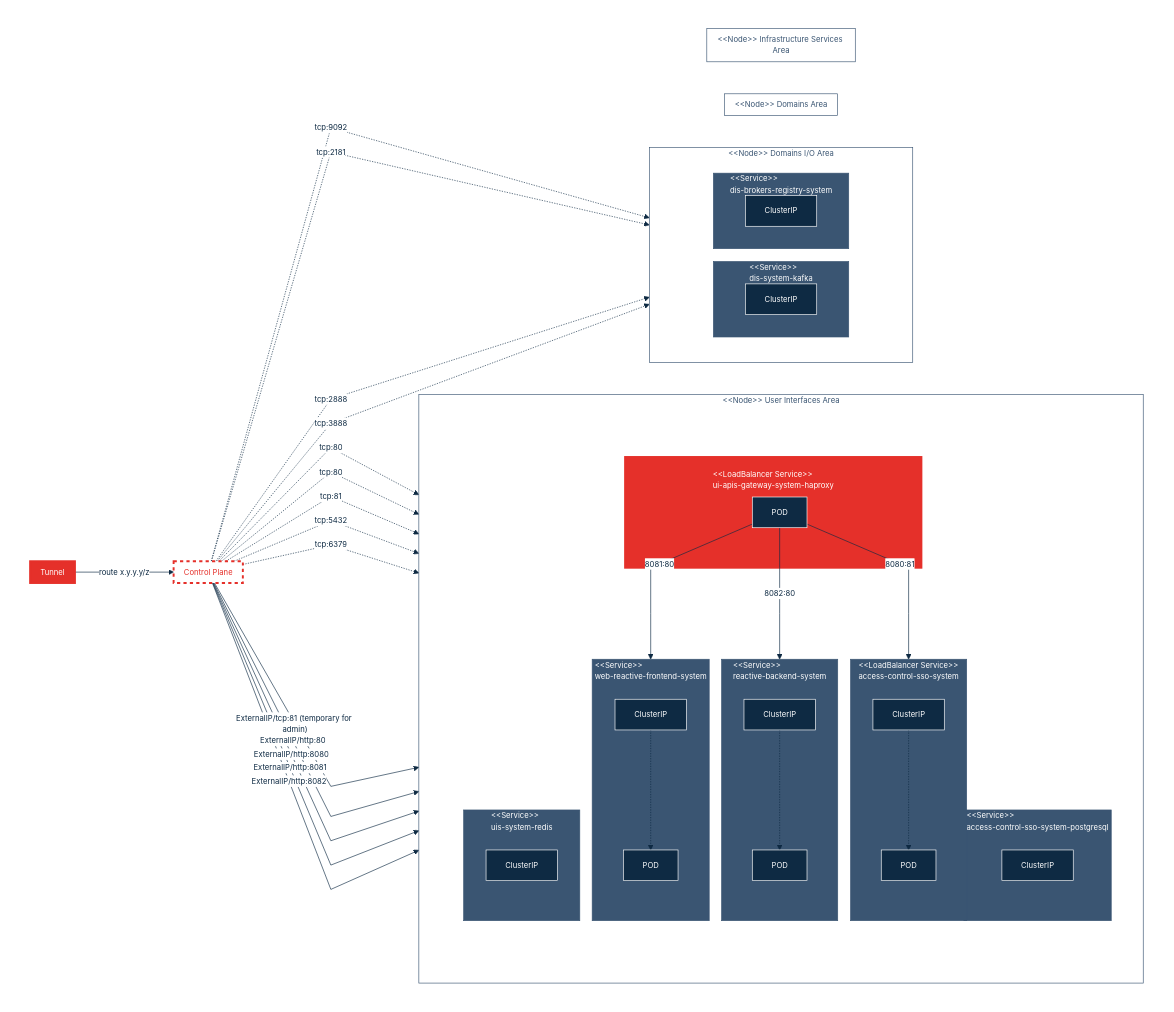
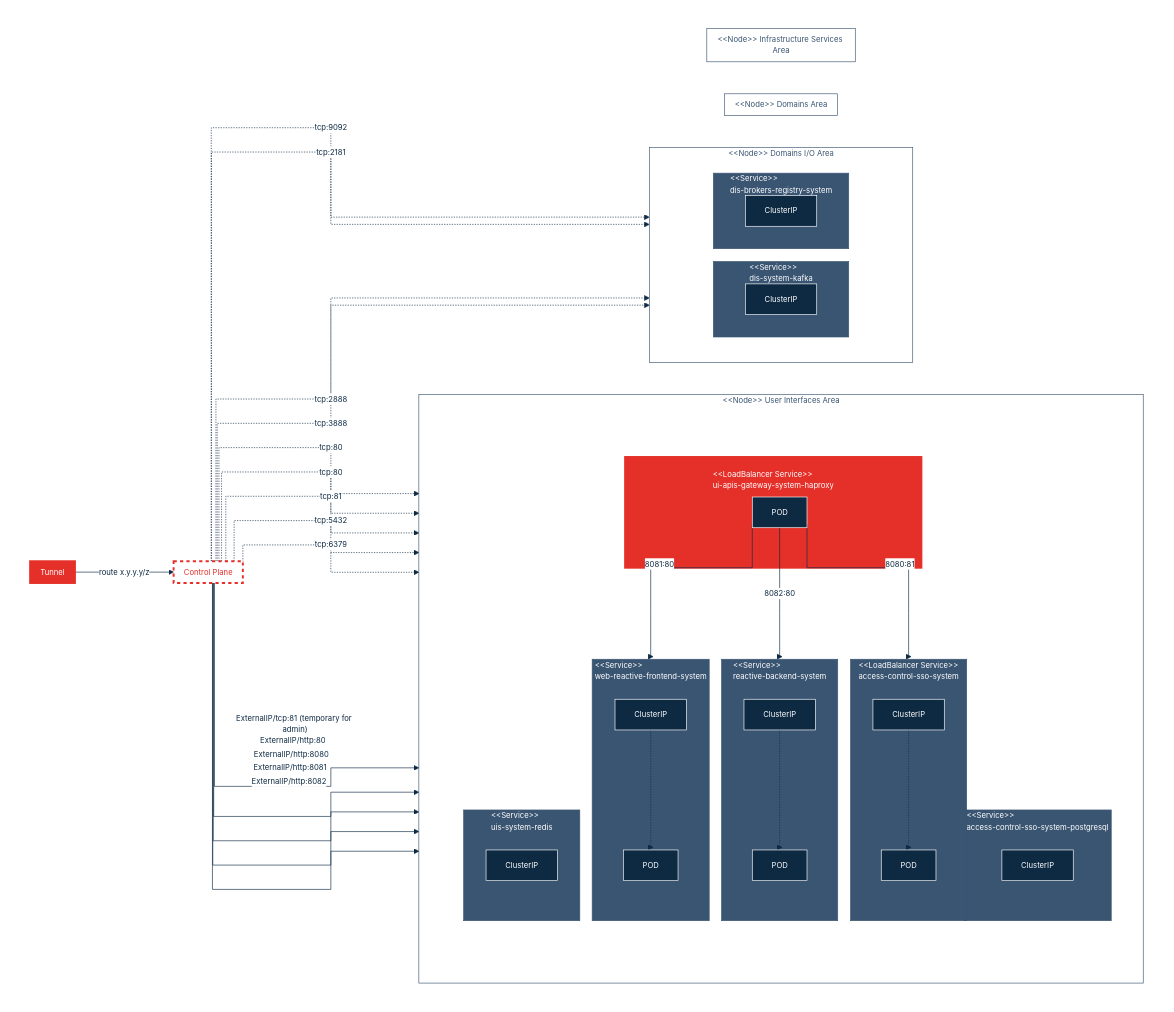
The diagram in implementations-line/systems/README.md (cybnity/foundation), drawn with Mermaid before and after one commit.

```diff
--- a/implementations-line/systems/README.md
+++ b/implementations-line/systems/README.md
@@ -95,7 +95,7 @@
         'noteTextColor': '#fff',
         'noteBorderColor': '#fff'
     },
-    'flowchart': { 'curve': 'linear' }
+    'flowchart': { 'curve': 'stepBefore' }
   }
 }%%
 flowchart LR
```
